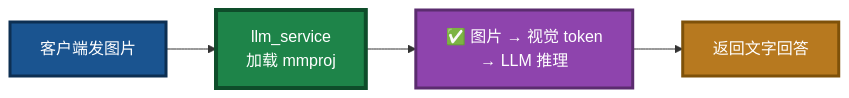
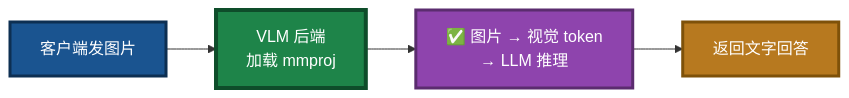
The tenth of 16 diagrams in NVIDIA-Nemotron-3-Nano-Omni-30B-A3B-Reasoning-UD-IQ4_XS.md (PassByYou888/LingoFuse-pasAgent-v3), drawn with Mermaid before and after one commit. The commit also changed other lines of this file, not shown here.

````diff
--- a/NVIDIA-Nemotron-3-Nano-Omni-30B-A3B-Reasoning-UD-IQ4_XS.md
+++ b/NVIDIA-Nemotron-3-Nano-Omni-30B-A3B-Reasoning-UD-IQ4_XS.md
@@ -482,11 +508,11 @@
 ```mermaid
 flowchart LR
-    A["客户端发图片"] --> B["llm_service<br/>加载 mmproj"]
+    A["客户端发图片"] --> B["VLM 后端<br/>加载 mmproj"]
     B --> C["✅ 图片 → 视觉 token<br/>→ LLM 推理"]
     C --> D["返回文字回答"]
 
     style A fill:#1A5490,stroke:#0D2F52,stroke-width:3px,color:#FFFFFF
     style B fill:#1E8449,stroke:#0E4D2A,stroke-width:4px,color:#FFFFFF
     style C fill:#8E44AD,stroke:#5B2C6F,stroke-width:3px,color:#FFFFFF
     style D fill:#B7791F,stroke:#7E5109,stroke-width:3px,color:#FFFFFF
 ```
````
